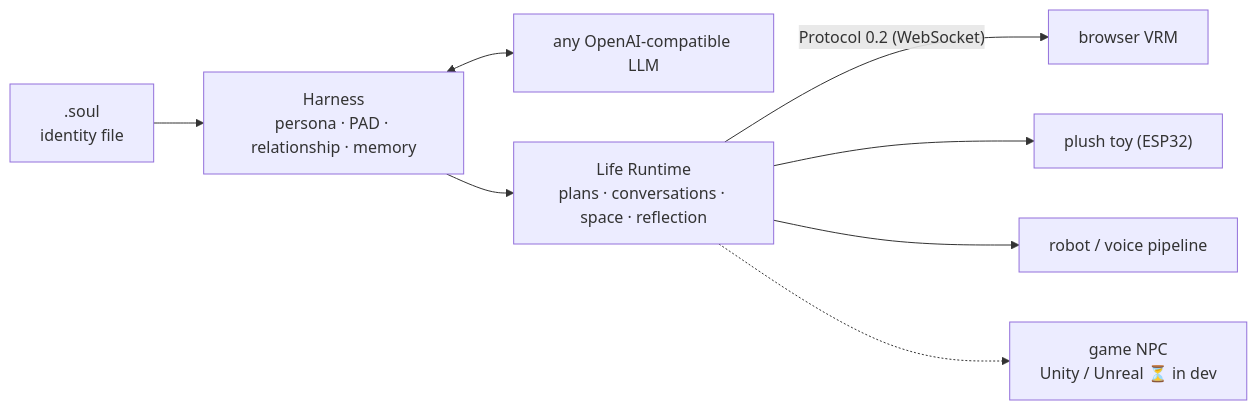
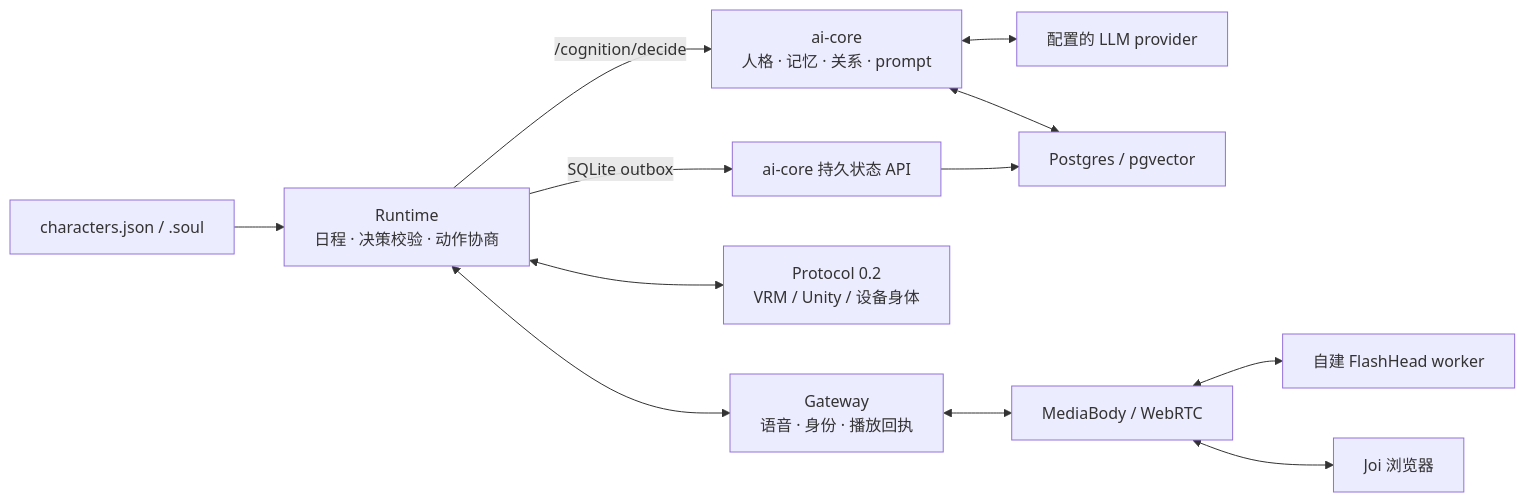
Before and after one commit to LookJohnny/soulForge: the diagram in README.md, drawn with Mermaid. The commit also changed other lines of this file and 187 other files, not shown here.

Commit message:
feat: unify cognition and add self-hosted Joi with migration guide

````diff
--- a/README.md
+++ b/README.md
@@ -72,10 +133,14 @@
 ```mermaid
 flowchart LR
-    SOUL[".soul<br/>identity file"] --> H["Harness<br/>persona · PAD · relationship · memory"]
-    H <--> LLM["any OpenAI-compatible LLM"]
-    H --> RT["Life Runtime<br/>plans · conversations · space · reflection"]
-    RT -- "Protocol 0.2 (WebSocket)" --> B1["browser VRM"]
-    RT --> B2["plush toy (ESP32)"]
-    RT --> B3["robot / voice pipeline"]
-    RT -.-> B4["game NPC<br/>Unity / Unreal ⏳ in dev"]
+    CFG["characters.json / .soul"] --> RT["Runtime<br/>日程 · 决策校验 · 动作协商"]
+    RT -- "/cognition/decide" --> CORE["ai-core<br/>人格 · 记忆 · 关系 · prompt"]
+    CORE <--> LLM["配置的 LLM provider"]
+    CORE <--> DB["Postgres / pgvector"]
+    RT -- "SQLite outbox" --> DBAPI["ai-core 持久状态 API"]
+    DBAPI --> DB
+    RT <--> BODY["Protocol 0.2<br/>VRM / Unity / 设备身体"]
+    RT <--> GW["Gateway<br/>语音 · 身份 · 播放回执"]
+    GW <--> MB["MediaBody / WebRTC"]
+    MB <--> GPU["自建 FlashHead worker"]
+    MB <--> WEB["Joi 浏览器"]
 ```
````
